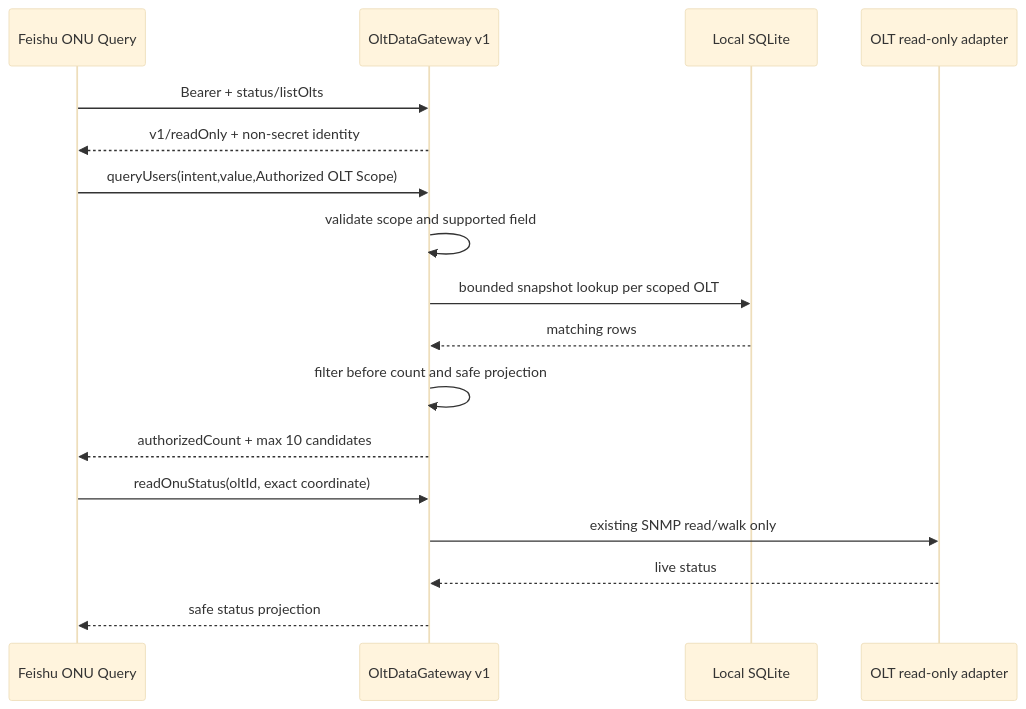
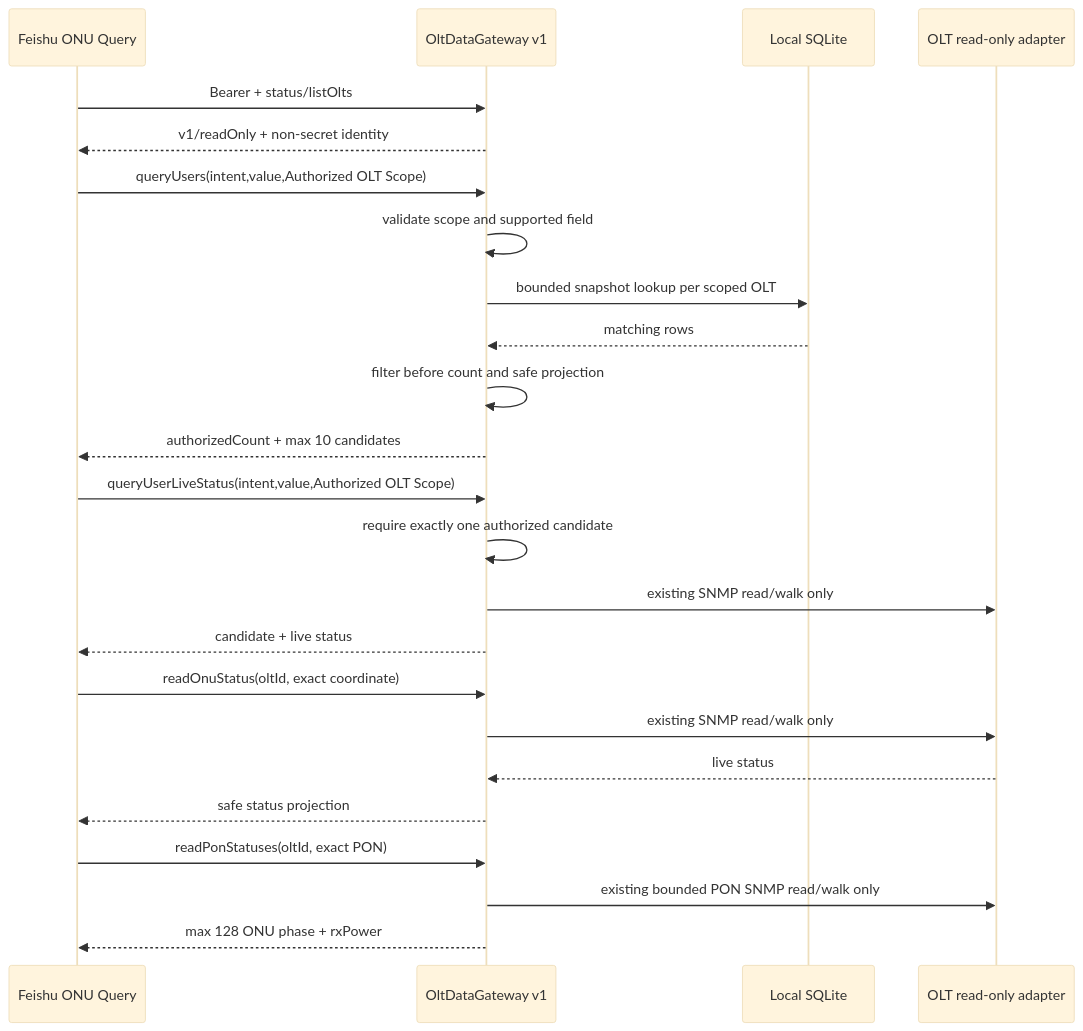
The first of 12 diagrams in docs/design/sequence.md (landvd/OLT-Manager), drawn with Mermaid (base theme) before and after one commit. The commit also changed 9 other files, not shown here.

Commit message:
feat: add user and PON live status gateway APIs

````diff
--- a/docs/design/sequence.md
+++ b/docs/design/sequence.md
@@ -7,19 +7,26 @@
 ```mermaid
 sequenceDiagram
   participant Feishu as Feishu ONU Query
   participant Gateway as OltDataGateway v1
   participant DB as Local SQLite
   participant OLT as OLT read-only adapter
   Feishu->>Gateway: Bearer + status/listOlts
   Gateway-->>Feishu: v1/readOnly + non-secret identity
   Feishu->>Gateway: queryUsers(intent,value,Authorized OLT Scope)
   Gateway->>Gateway: validate scope and supported field
   Gateway->>DB: bounded snapshot lookup per scoped OLT
   DB-->>Gateway: matching rows
   Gateway->>Gateway: filter before count and safe projection
   Gateway-->>Feishu: authorizedCount + max 10 candidates
+  Feishu->>Gateway: queryUserLiveStatus(intent,value,Authorized OLT Scope)
+  Gateway->>Gateway: require exactly one authorized candidate
+  Gateway->>OLT: existing SNMP read/walk only
+  Gateway-->>Feishu: candidate + live status
   Feishu->>Gateway: readOnuStatus(oltId, exact coordinate)
   Gateway->>OLT: existing SNMP read/walk only
   OLT-->>Gateway: live status
   Gateway-->>Feishu: safe status projection
+  Feishu->>Gateway: readPonStatuses(oltId, exact PON)
+  Gateway->>OLT: existing bounded PON SNMP read/walk only
+  Gateway-->>Feishu: max 128 ONU phase + rxPower
 ```
````
